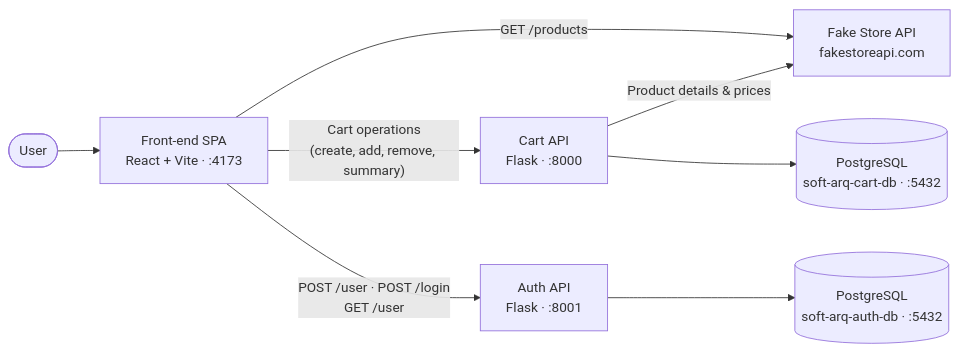
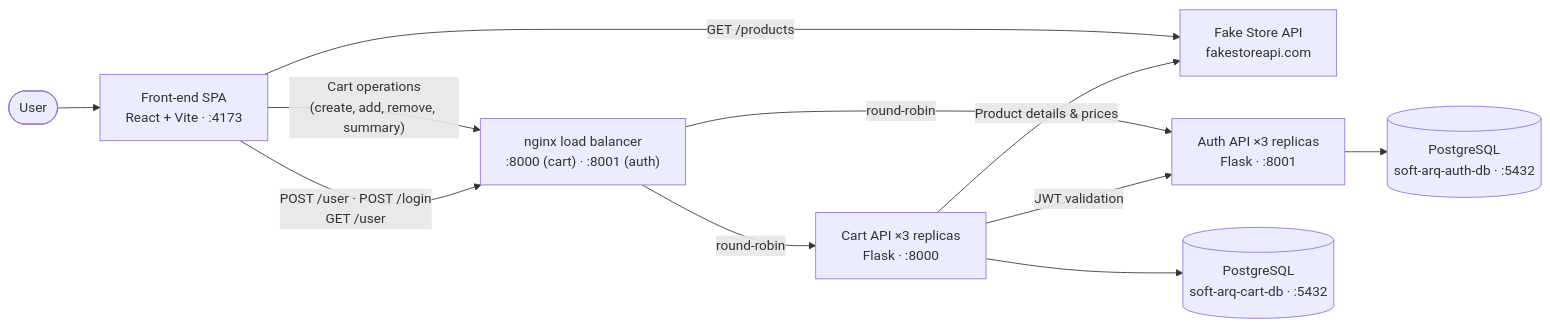
The diagram in README.md (ommeirelles/puc-arq-software-front), drawn with Mermaid before and after one commit. The commit also changed other lines of this file and 2 other files, not shown here.

Commit message:
feat: scale APIs to 3 replicas behind nginx load balancer

````diff
--- a/README.md
+++ b/README.md
@@ -24,10 +24,13 @@
 ```mermaid
 flowchart LR
     User([User]) --> FE["Front-end SPA<br/>React + Vite · :4173"]
     FE -->|"GET /products"| FSA["Fake Store API<br/>fakestoreapi.com"]
-    FE -->|"Cart operations<br/>(create, add, remove, summary)"| BE["Cart API<br/>Flask · :8000"]
-    FE -->|"POST /user · POST /login<br/>GET /user"| AUTH["Auth API<br/>Flask · :8001"]
+    FE -->|"Cart operations<br/>(create, add, remove, summary)"| LB["nginx load balancer<br/>:8000 (cart) · :8001 (auth)"]
+    FE -->|"POST /user · POST /login<br/>GET /user"| LB
+    LB -->|"round-robin"| BE["Cart API ×3 replicas<br/>Flask · :8000"]
+    LB -->|"round-robin"| AUTH["Auth API ×3 replicas<br/>Flask · :8001"]
     BE -->|"Product details & prices"| FSA
+    BE -->|"JWT validation"| AUTH
     BE --> DB[("PostgreSQL<br/>soft-arq-cart-db · :5432")]
     AUTH --> AUTHDB[("PostgreSQL<br/>soft-arq-auth-db · :5432")]
 ```
````
